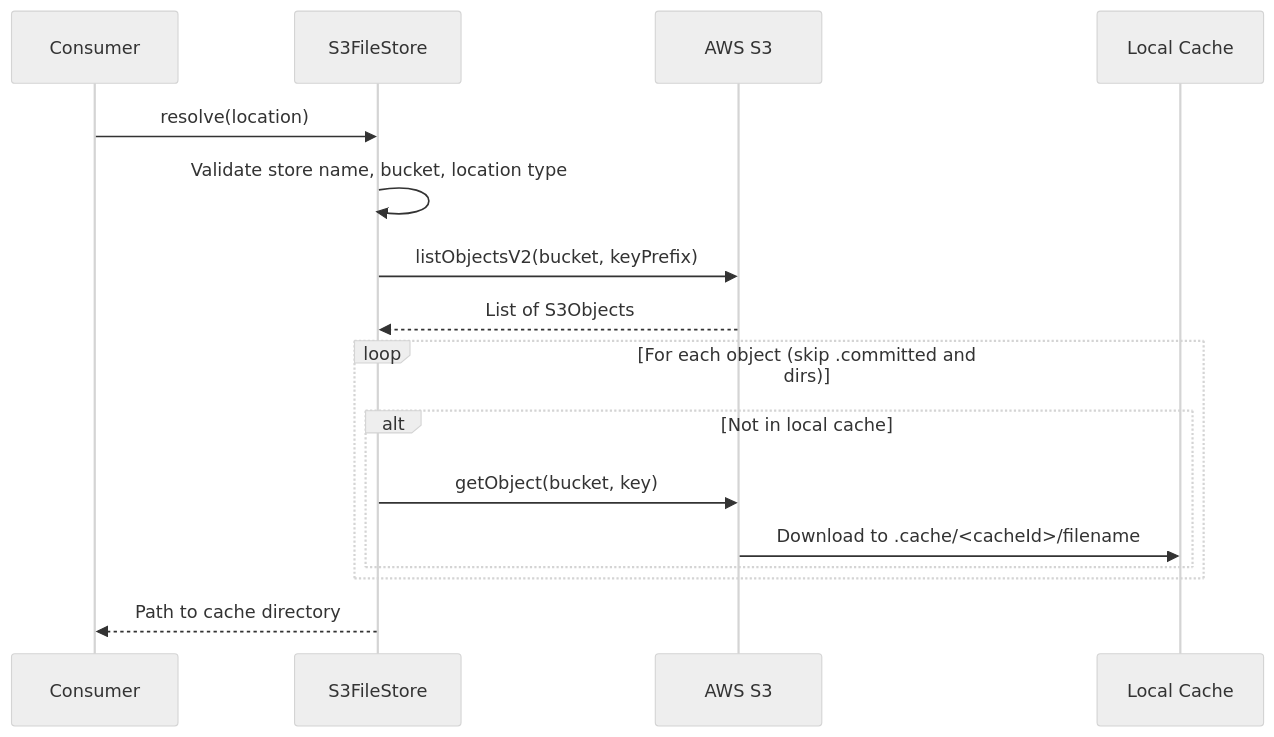
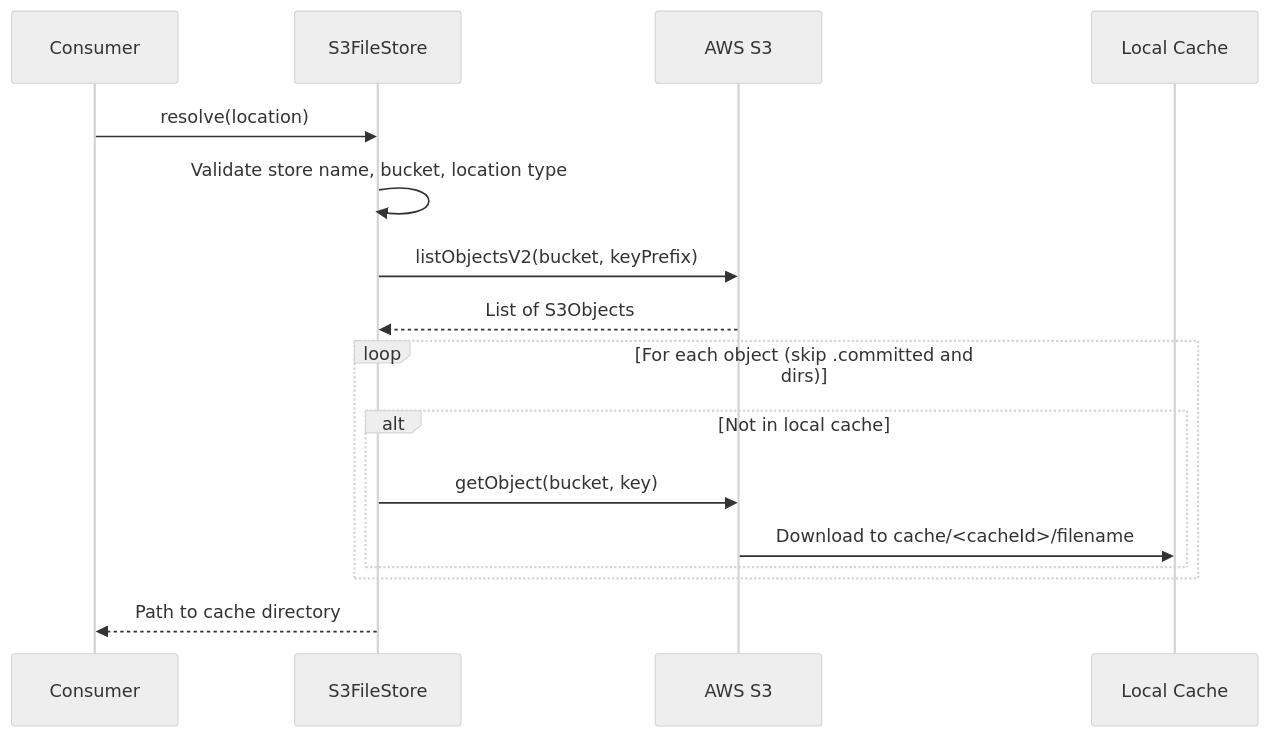
The seventh of 10 diagrams in stroom-proxy/designs/detailed-design-file-stores.md (gchq/stroom), drawn with Mermaid (neutral theme) before and after one commit. The commit also changed other lines of this file and 7 other files, not shown here.

````diff
--- a/stroom-proxy/designs/detailed-design-file-stores.md
+++ b/stroom-proxy/designs/detailed-design-file-stores.md
@@ -284,21 +284,21 @@
 ```mermaid
 sequenceDiagram
     participant C as Consumer
     participant S3FS as S3FileStore
     participant S3 as AWS S3
     participant FS as Local Cache
 
     C->>S3FS: resolve(location)
     S3FS->>S3FS: Validate store name, bucket, location type
     S3FS->>S3: listObjectsV2(bucket, keyPrefix)
     S3-->>S3FS: List of S3Objects
     
     loop For each object (skip .committed and dirs)
         alt Not in local cache
             S3FS->>S3: getObject(bucket, key)
-            S3->>FS: Download to .cache/<cacheId>/filename
+            S3->>FS: Download to cache/<cacheId>/filename
         end
     end
 
     S3FS-->>C: Path to cache directory
 ```
````
